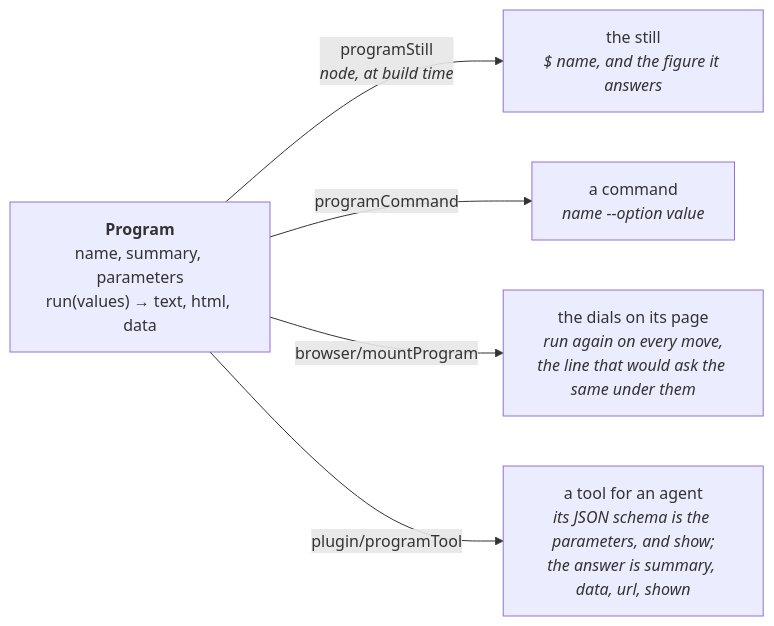
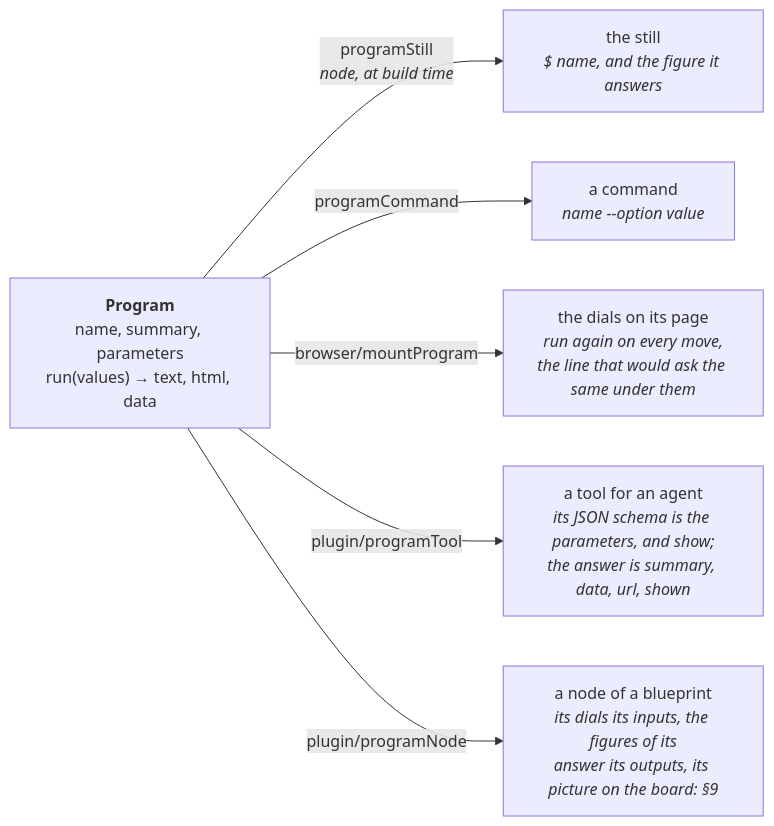
The fourth of 9 diagrams in ARCHITECTURE.md (drpicox/david-rodenas.com), drawn with Mermaid before and after one commit. The commit also changed other lines of this file and 9 other files, not shown here.

````diff
--- a/ARCHITECTURE.md
+++ b/ARCHITECTURE.md
@@ -120,9 +120,10 @@
 ```mermaid
 graph LR
   program["<b>Program</b><br/>name, summary, parameters<br/>run(values) → text, html, data"]
 
   program -- "programStill<br/><i>node, at build time</i>" --> still["the still<br/><i>$ name, and the figure it answers</i>"]
   program -- "programCommand" --> command["a command<br/><i>name --option value</i>"]
   program -- "browser/mountProgram" --> dials["the dials on its page<br/><i>run again on every move,<br/>the line that would ask the same under them</i>"]
   program -- "plugin/programTool" --> tool["a tool for an agent<br/><i>its JSON schema is the parameters, and show;<br/>the answer is summary, data, url, shown</i>"]
+  program -- "plugin/programNode" --> node["a node of a blueprint<br/><i>its dials its inputs, the figures of its<br/>answer its outputs, its picture on the board: §9</i>"]
 ```
````
